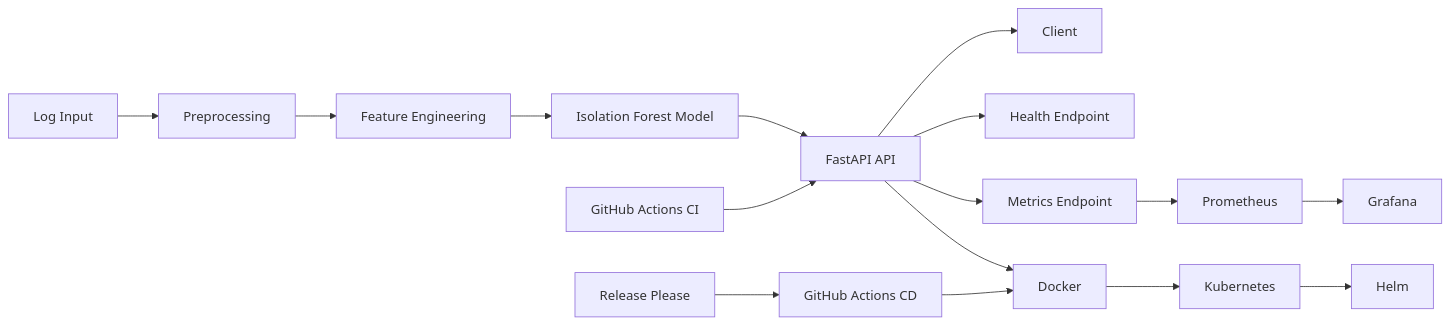
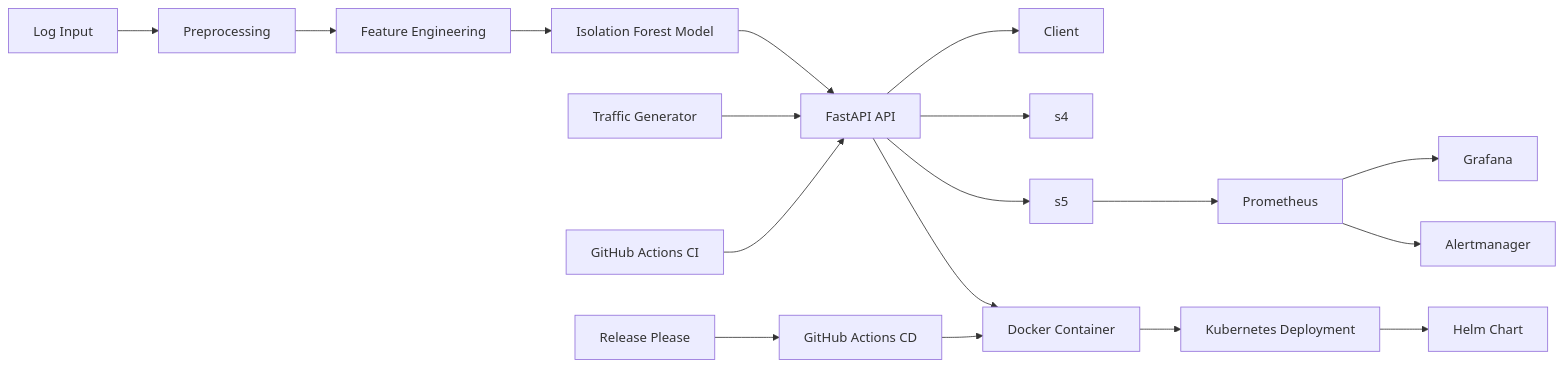
One commit to saeedya/ai-log-anomaly-detection changed the diagram in README.md. Above: the diagram before and after it, drawn with Mermaid. The commit also changed other lines of this file, not shown here.

````diff
--- a/README.md
+++ b/README.md
@@ -216,21 +237,28 @@
 ```mermaid
 flowchart LR
     A[Log Input] --> B[Preprocessing]
     B --> C[Feature Engineering]
     C --> D[Isolation Forest Model]
     D --> E[FastAPI API]
     E --> F[Client]
 
-    E --> G[Health Endpoint]
-    E --> H[Metrics Endpoint]
+    %% Traffic simulation
+    R[Traffic Generator] --> E
+
+    %% Observability
+    E --> G["s4"]
+    E --> H["s5"]
     H --> I[Prometheus]
     I --> J[Grafana]
+    I --> K[Alertmanager]
 
-    E --> K[Docker]
-    K --> L[Kubernetes]
-    L --> M[Helm]
+    %% Deployment
+    E --> L[Docker Container]
+    L --> M[Kubernetes Deployment]
+    M --> N[Helm Chart]
 
-    N[GitHub Actions CI] --> E
-    O[GitHub Actions CD] --> K
-    P[Release Please] --> O
+    %% CI/CD
+    O[GitHub Actions CI] --> E
+    P[GitHub Actions CD] --> L
+    Q[Release Please] --> P
 ```
````
